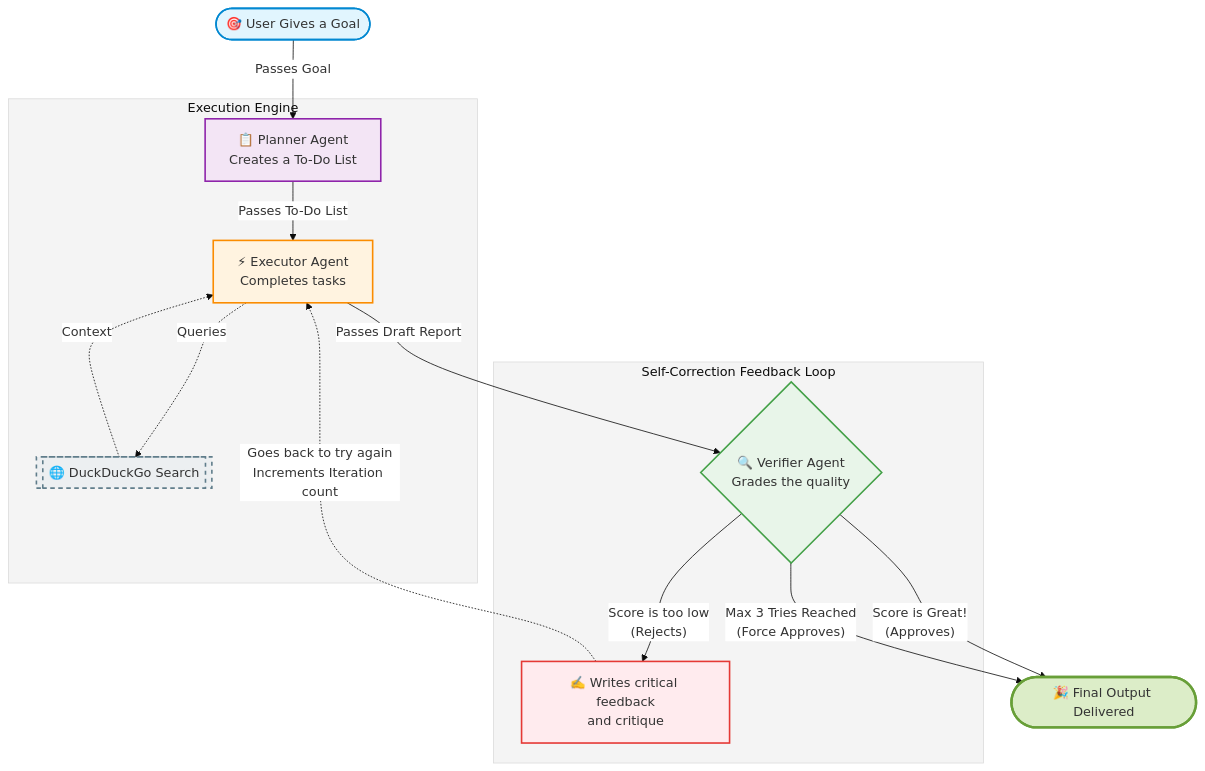
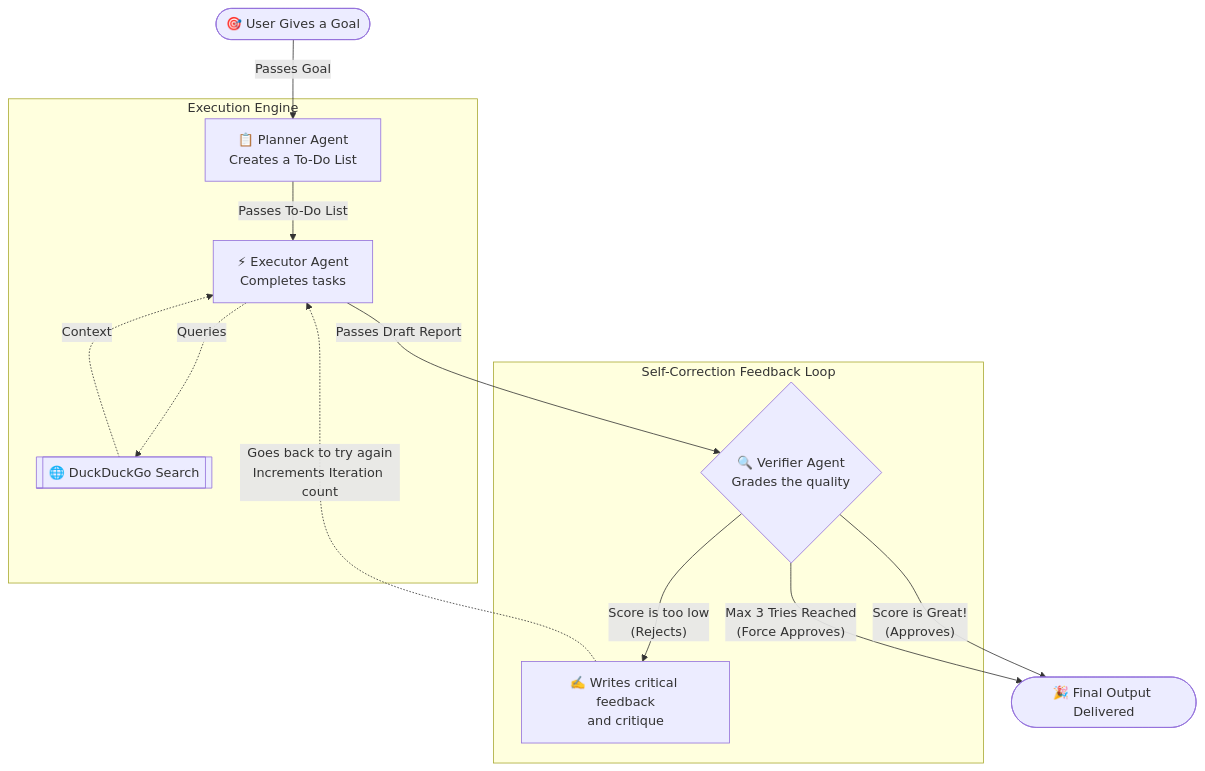
The diagram in HLD.md (ayush300302/Agentaflow), drawn with Mermaid before and after one commit. The commit also changed 1 other file, not shown here.

Commit message:
Fix mermaid background for dark mode

````diff
--- a/HLD.md
+++ b/HLD.md
@@ -38,29 +38,20 @@
 ```mermaid
-%%{init: {'theme': 'base', 'themeVariables': { 'primaryColor': '#326CE5', 'edgeLabelBackground':'#ffffff', 'tertiaryColor': '#f4f4f4'}}}%%
 flowchart TD
-    classDef mainGoal fill:#e1f5fe,stroke:#0288d1,stroke-width:2px;
-    classDef planner fill:#f3e5f5,stroke:#8e24aa,stroke-width:2px;
-    classDef executor fill:#fff3e0,stroke:#fb8c00,stroke-width:2px;
-    classDef verifier fill:#e8f5e9,stroke:#43a047,stroke-width:2px;
-    classDef tool fill:#eceff1,stroke:#607d8b,stroke-width:2px,stroke-dasharray: 5 5;
-    classDef loop fill:#ffebee,stroke:#e53935,stroke-width:2px;
-    classDef final fill:#dcedc8,stroke:#689f38,stroke-width:3px;
-
-    A([🎯 User Gives a Goal]):::mainGoal -->|Passes Goal| B[📋 Planner Agent<br>Creates a To-Do List]:::planner
+    A([🎯 User Gives a Goal]) -->|Passes Goal| B[📋 Planner Agent<br>Creates a To-Do List]
     
     subgraph Execution Engine
-        B -->|Passes To-Do List| C[⚡ Executor Agent<br>Completes tasks]:::executor
-        C -.-> |Queries| DDG[[🌐 DuckDuckGo Search]]:::tool
+        B -->|Passes To-Do List| C[⚡ Executor Agent<br>Completes tasks]
+        C -.-> |Queries| DDG[[🌐 DuckDuckGo Search]]
         DDG -.-> |Context| C
     end
     
-    C -->|Passes Draft Report| D{🔍 Verifier Agent<br>Grades the quality}:::verifier
+    C -->|Passes Draft Report| D{🔍 Verifier Agent<br>Grades the quality}
     
     subgraph Self-Correction Feedback Loop
-        D -- "Score is too low<br>(Rejects)" --> E[✍️ Writes critical feedback<br>and critique]:::loop
+        D -- "Score is too low<br>(Rejects)" --> E[✍️ Writes critical feedback<br>and critique]
         E -. "Goes back to try again<br>Increments Iteration count" .-> C
     end
     
-    D -- "Score is Great!<br>(Approves)" --> F([🎉 Final Output Delivered]):::final
+    D -- "Score is Great!<br>(Approves)" --> F([🎉 Final Output Delivered])
     D -- "Max 3 Tries Reached<br>(Force Approves)" --> F
 ```
````
